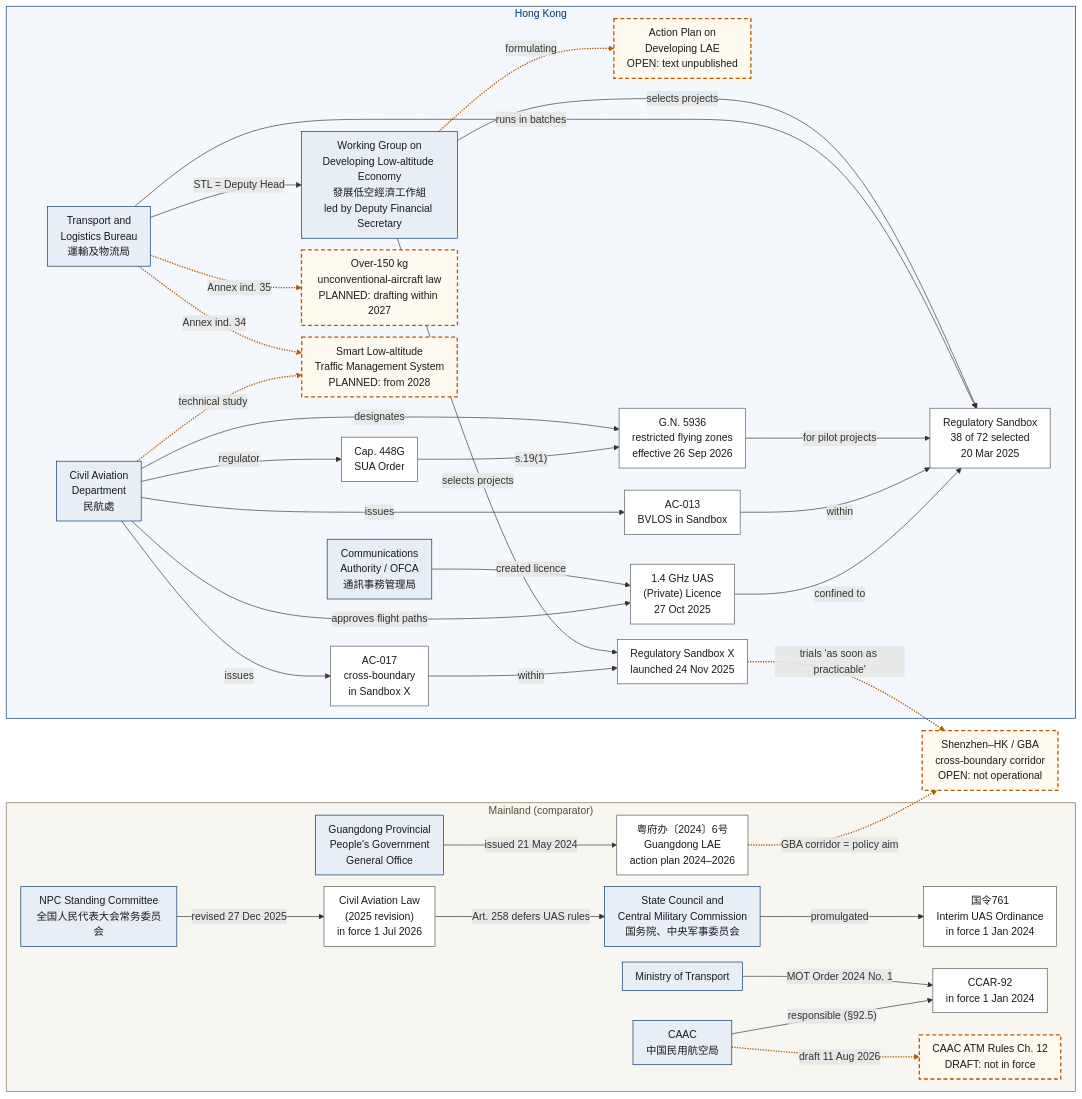
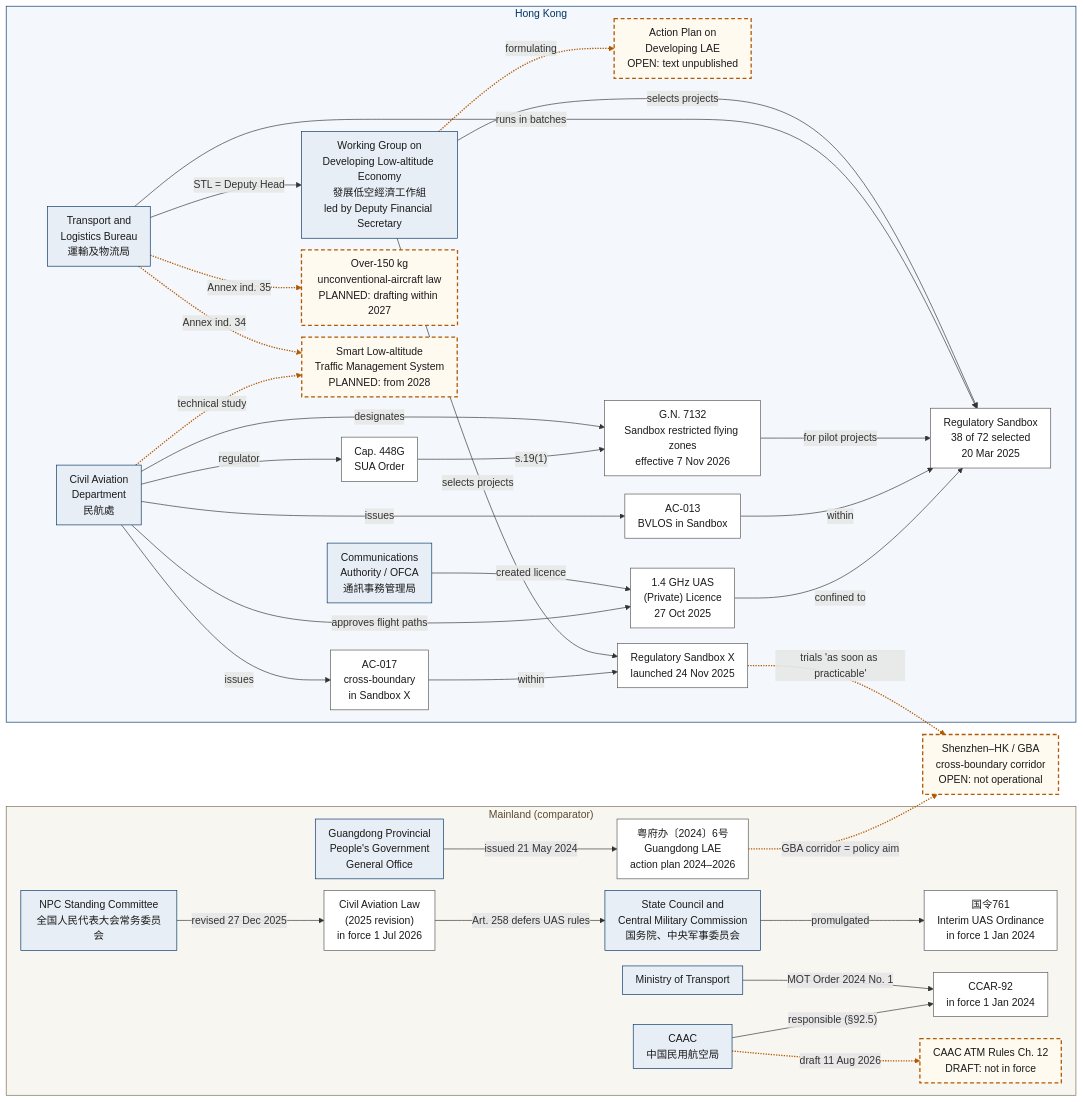
The first of 5 diagrams in glossary.qmd (kochiuyu/lae-companion), drawn with Mermaid before and after one commit. The commit also changed other lines of this file and 7 other files, not shown here.

````diff
--- a/glossary.qmd
+++ b/glossary.qmd
@@ -23,72 +23,72 @@
 ```{mermaid}
 %%{init: {"flowchart": {"curve": "basis", "nodeSpacing": 18, "rankSpacing": 45, "padding": 10}}}%%
 flowchart LR
     subgraph ML["Mainland (comparator)"]
         NPC["NPC Standing Committee<br/>全国人民代表大会常务委员会"]
         SCC["State Council and<br/>Central Military Commission<br/>国务院、中央军事委员会"]
         MOT["Ministry of Transport"]
         CAAC["CAAC<br/>中国民用航空局"]
         GDG["Guangdong Provincial<br/>People's Government<br/>General Office"]
         CAL["Civil Aviation Law<br/>(2025 revision)<br/>in force 1 Jul 2026"]
         O761["国令761<br/>Interim UAS Ordinance<br/>in force 1 Jan 2024"]
         C92["CCAR-92<br/>in force 1 Jan 2024"]
         ATM["CAAC ATM Rules Ch. 12<br/>DRAFT: not in force"]
         GD6["粤府办〔2024〕6号<br/>Guangdong LAE<br/>action plan 2024–2026"]
     end
     COR["Shenzhen–HK / GBA<br/>cross-boundary corridor<br/>OPEN: not operational"]
     subgraph HK["Hong Kong"]
         WG["Working Group on<br/>Developing Low-altitude Economy<br/>發展低空經濟工作組<br/>led by Deputy Financial Secretary"]
         TLB["Transport and<br/>Logistics Bureau<br/>運輸及物流局"]
         CAD["Civil Aviation<br/>Department<br/>民航處"]
         CA["Communications<br/>Authority / OFCA<br/>通訊事務管理局"]
         AP["Action Plan on<br/>Developing LAE<br/>OPEN: text unpublished"]
         SBX["Regulatory Sandbox X<br/>launched 24 Nov 2025"]
         SB["Regulatory Sandbox<br/>38 of 72 selected<br/>20 Mar 2025"]
         UCA["Over-150 kg<br/>unconventional-aircraft law<br/>PLANNED: drafting within 2027"]
         TMS["Smart Low-altitude<br/>Traffic Management System<br/>PLANNED: from 2028"]
         CAP["Cap. 448G<br/>SUA Order"]
-        GN["G.N. 5936<br/>restricted flying zones<br/>effective 26 Sep 2026"]
+        GN["G.N. 7132<br/>Sandbox restricted flying zones<br/>effective 7 Nov 2026"]
         AC13["AC-013<br/>BVLOS in Sandbox"]
         AC17["AC-017<br/>cross-boundary<br/>in Sandbox X"]
         LIC["1.4 GHz UAS<br/>(Private) Licence<br/>27 Oct 2025"]
     end
 
     WG -.->|"formulating"| AP
     WG -->|"selects projects"| SBX
     WG -->|"selects projects"| SB
     TLB -->|"STL = Deputy Head"| WG
     TLB -->|"runs in batches"| SB
     TLB -.->|"Annex ind. 35"| UCA
     TLB -.->|"Annex ind. 34"| TMS
     CAD -.->|"technical study"| TMS
     CAD -->|"regulator"| CAP
     CAD -->|"designates"| GN
     CAP -->|"s.19(1)"| GN
     GN -->|"for pilot projects"| SB
     CAD -->|"issues"| AC13
     CAD -->|"issues"| AC17
     AC13 -->|"within"| SB
     AC17 -->|"within"| SBX
     CA -->|"created licence"| LIC
     CAD -->|"approves flight paths"| LIC
     LIC -->|"confined to"| SB
     SBX -.->|"trials 'as soon as practicable'"| COR
     GD6 -.->|"GBA corridor = policy aim"| COR
     NPC -->|"revised 27 Dec 2025"| CAL
     CAL -->|"Art. 258 defers UAS rules"| SCC
     SCC -->|"promulgated"| O761
     MOT -->|"MOT Order 2024 No. 1"| C92
     CAAC -->|"responsible (§92.5)"| C92
     CAAC -.->|"draft 11 Aug 2026"| ATM
     GDG -->|"issued 21 May 2024"| GD6
 
     classDef body fill:#e8eef6,stroke:#003366,color:#1a1a1a
     classDef inst fill:#ffffff,stroke:#555555,color:#1a1a1a
     classDef open fill:#fffaf0,stroke:#b35900,stroke-width:2px,stroke-dasharray:6 4,color:#1a1a1a
     class WG,TLB,CAD,CA,NPC,SCC,MOT,CAAC,GDG body
     class CAP,AC13,AC17,GN,LIC,SB,SBX,CAL,O761,C92,GD6 inst
     class AP,TMS,UCA,COR,ATM open
     linkStyle 0,5,6,7,19,20,26 stroke:#b35900,stroke-width:2px
     style HK fill:#f4f7fb,stroke:#003366,color:#003366
     style ML fill:#f8f6f1,stroke:#7a6a4f,color:#5a4a2f
 ```
````
